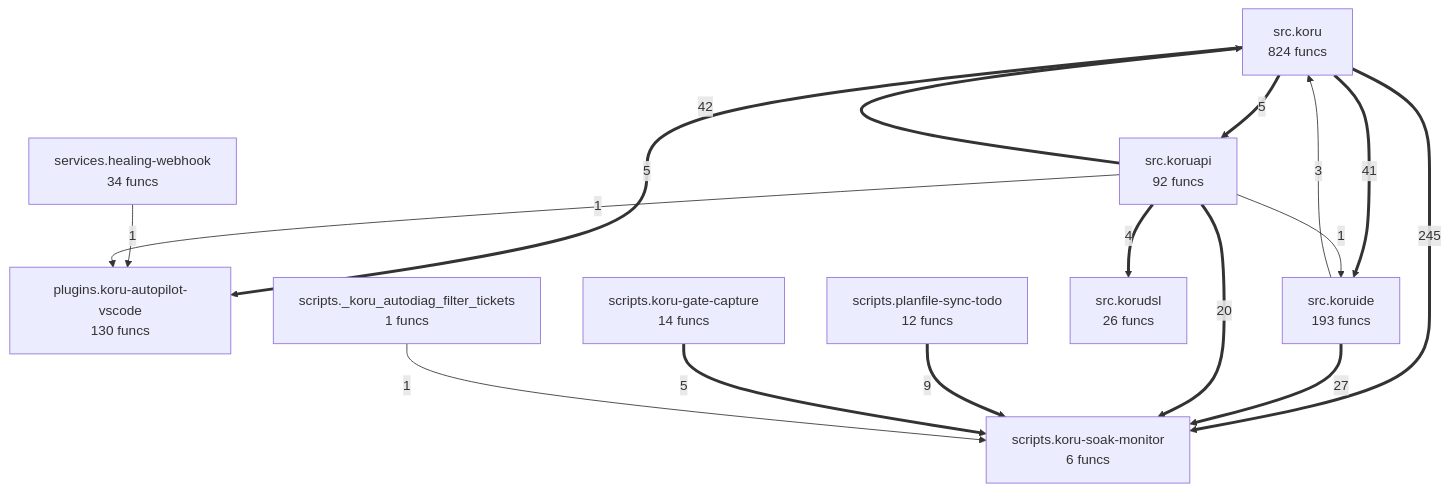
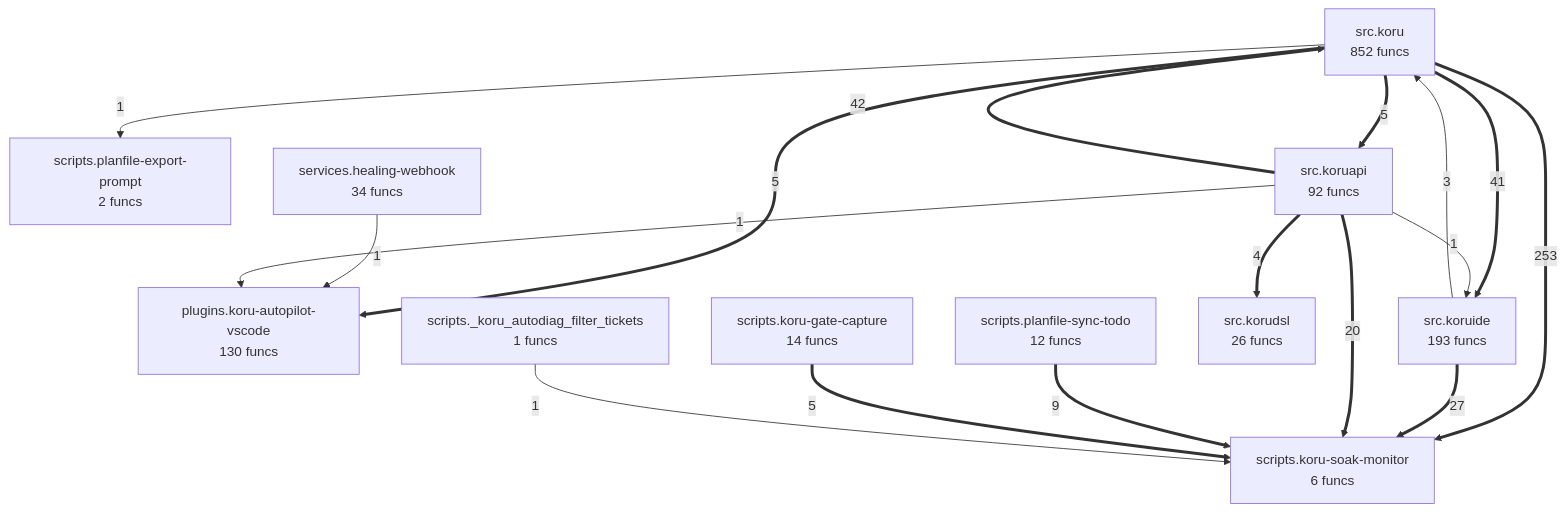
The diagram in project/compact_flow.mmd (semcod/koru), drawn with Mermaid before and after one commit. The commit also changed 46 other files, not shown here.

```diff
--- a/project/compact_flow.mmd
+++ b/project/compact_flow.mmd
@@ -1,27 +1,29 @@
 flowchart TD
 %% generated in 0.07s
     plugins__koru_autopilot_vscode["plugins.koru-autopilot-vscode<br/>130 funcs"]
     scripts___koru_autodiag_filter_tickets["scripts._koru_autodiag_filter_tickets<br/>1 funcs"]
     scripts__koru_gate_capture["scripts.koru-gate-capture<br/>14 funcs"]
     scripts__koru_soak_monitor["scripts.koru-soak-monitor<br/>6 funcs"]
+    scripts__planfile_export_prompt["scripts.planfile-export-prompt<br/>2 funcs"]
     scripts__planfile_sync_todo["scripts.planfile-sync-todo<br/>12 funcs"]
     services__healing_webhook["services.healing-webhook<br/>34 funcs"]
-    src__koru["src.koru<br/>824 funcs"]
+    src__koru["src.koru<br/>852 funcs"]
     src__koruapi["src.koruapi<br/>92 funcs"]
     src__korudsl["src.korudsl<br/>26 funcs"]
     src__koruide["src.koruide<br/>193 funcs"]
-    src__koru ==>|245| scripts__koru_soak_monitor
+    src__koru ==>|253| scripts__koru_soak_monitor
     src__koruapi ==>|42| src__koru
     src__koru ==>|41| src__koruide
     src__koruide ==>|27| scripts__koru_soak_monitor
     src__koruapi ==>|20| scripts__koru_soak_monitor
     scripts__planfile_sync_todo ==>|9| scripts__koru_soak_monitor
     src__koru ==>|5| plugins__koru_autopilot_vscode
     src__koru ==>|5| src__koruapi
     scripts__koru_gate_capture ==>|5| scripts__koru_soak_monitor
     src__koruapi ==>|4| src__korudsl
     src__koruide -->|3| src__koru
     services__healing_webhook -->|1| plugins__koru_autopilot_vscode
     src__koruapi -->|1| plugins__koru_autopilot_vscode
     src__koruapi -->|1| src__koruide
     scripts___koru_autodiag_filter_tickets -->|1| scripts__koru_soak_monitor
+    src__koru -->|1| scripts__planfile_export_prompt
```
